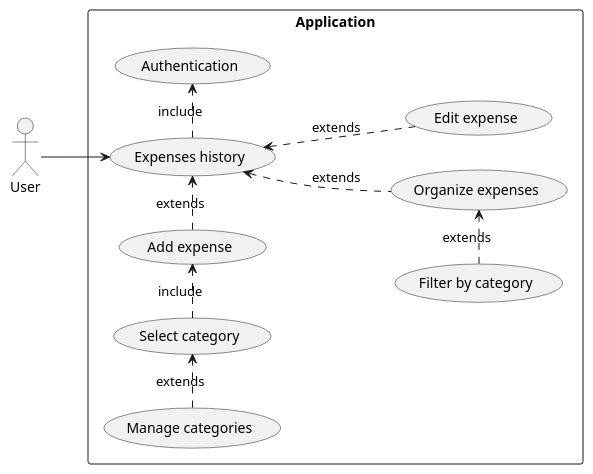
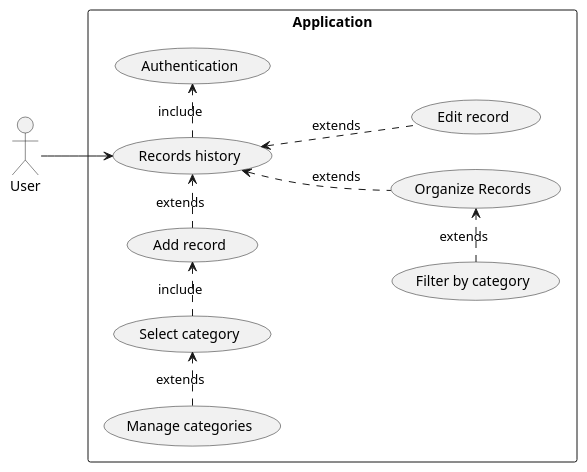
One commit to Zercos/Coin changed the diagram in docs/images/usecase/expenses.puml. Above: the diagram before and after it, drawn with PlantUML. The commit also changed 3 other files, not shown here.

Commit message:
Update the UML diagrams

```diff
--- a/docs/images/usecase/expenses.puml
+++ b/docs/images/usecase/expenses.puml
@@ -1,16 +1,16 @@
-@startuml "Add expense"
+@startuml "Add record"
 
 left to right direction
 actor User
 rectangle Application {
-    User --> (Expenses history)
-    (Expenses history) .> (Authentication) : include
-    (Add expense) .> (Expenses history) : extends
-    (Expenses history) <.. (Organize expenses) : extends
-    (Select category) .> (Add expense) : include
+    User --> (Records history)
+    (Records history) .> (Authentication) : include
+    (Add record) .> (Records history) : extends
+    (Records history) <.. (Organize Records) : extends
+    (Select category) .> (Add record) : include
     (Manage categories) .> (Select category) : extends
-    (Filter by category) .> (Organize expenses) : extends
-    (Expenses history) <.. (Edit expense) : extends
+    (Filter by category) .> (Organize Records) : extends
+    (Records history) <.. (Edit record) : extends
 }
 
 @enduml
```
